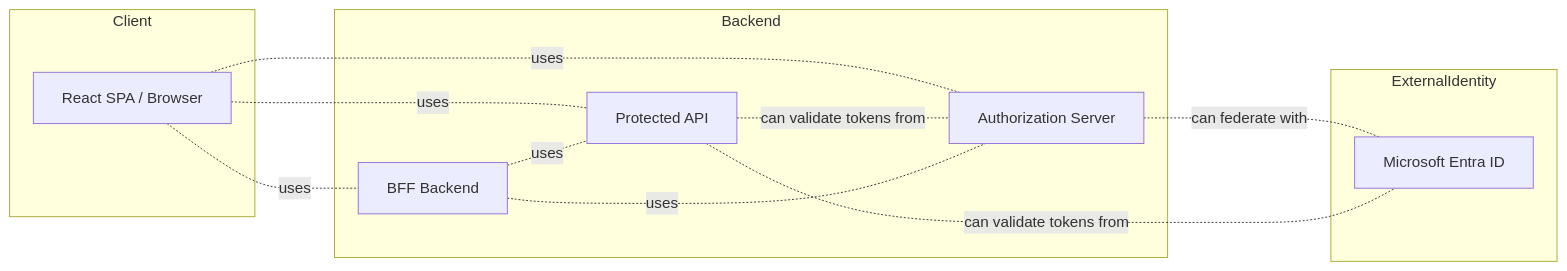
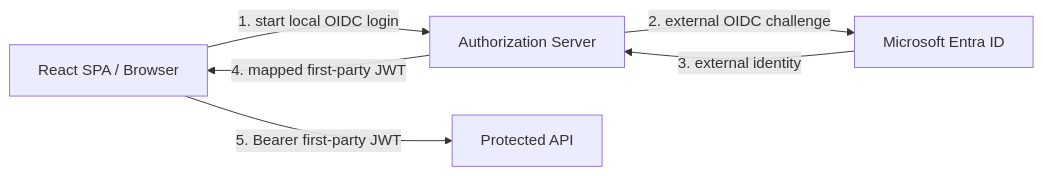
The second of 10 diagrams in README.md (haoyucheng369-gif/identity-platform), drawn with Mermaid before and after one commit. The commit also changed other lines of this file, not shown here.

Commit message:
Show auth modes in architecture section

````diff
--- a/README.md
+++ b/README.md
@@ -18,25 +35,13 @@
 ```mermaid
 flowchart LR
-    subgraph Client
-        Browser[React SPA / Browser]
-    end
+    Browser[React SPA / Browser]
+    Auth[Authorization Server]
+    Entra[Microsoft Entra ID]
+    API[Protected API]
 
-    subgraph Backend
-        Auth[Authorization Server]
-        API[Protected API]
-        BFF[BFF Backend]
-    end
-
-    subgraph ExternalIdentity
-        Entra[Microsoft Entra ID]
-    end
-
-    Browser -. uses .- Auth
-    Browser -. uses .- API
-    Browser -. uses .- BFF
-    Auth -. can federate with .- Entra
-    API -. can validate tokens from .- Auth
-    API -. can validate tokens from .- Entra
-    BFF -. uses .- Auth
-    BFF -. uses .- API
+    Browser -->|1. start local OIDC login| Auth
+    Auth -->|2. external OIDC challenge| Entra
+    Entra -->|3. external identity| Auth
+    Auth -->|4. mapped first-party JWT| Browser
+    Browser -->|5. Bearer first-party JWT| API
 ```
````
